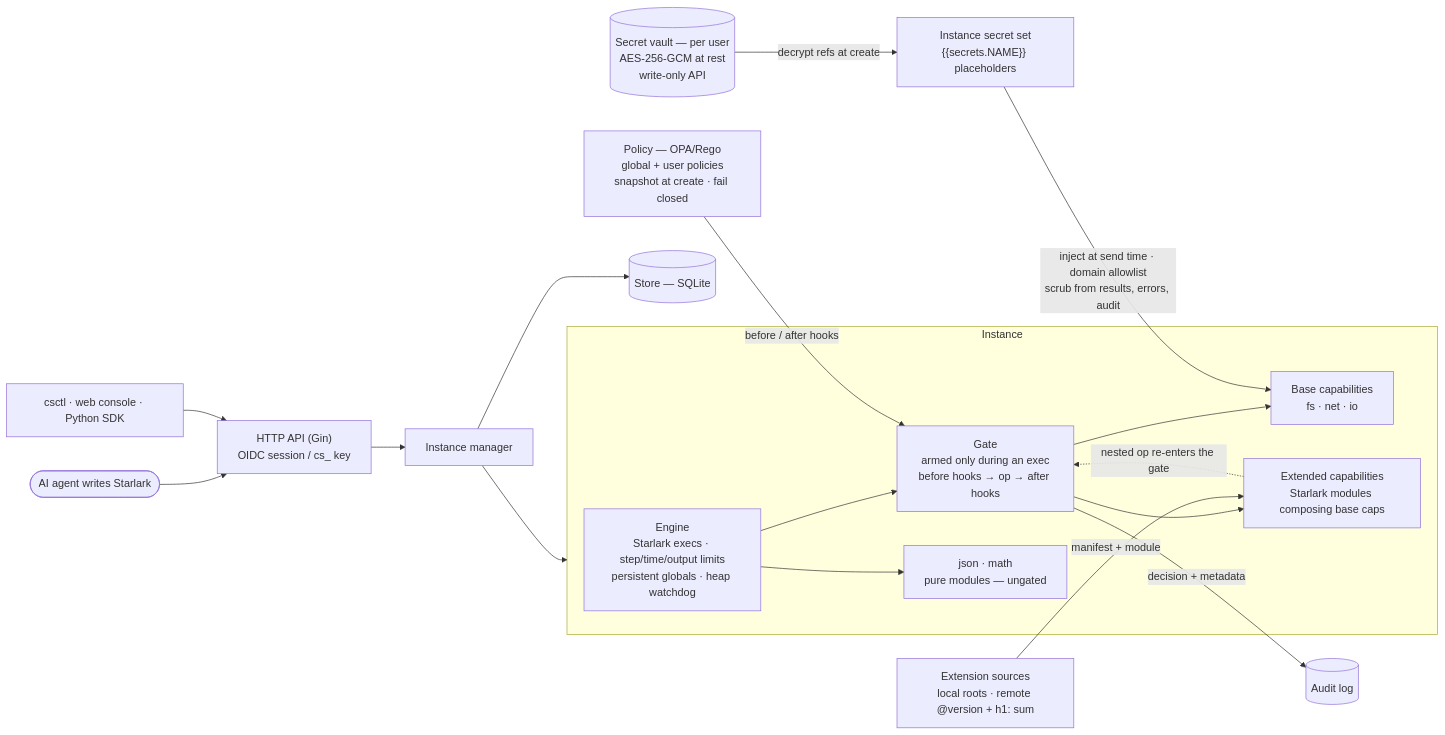
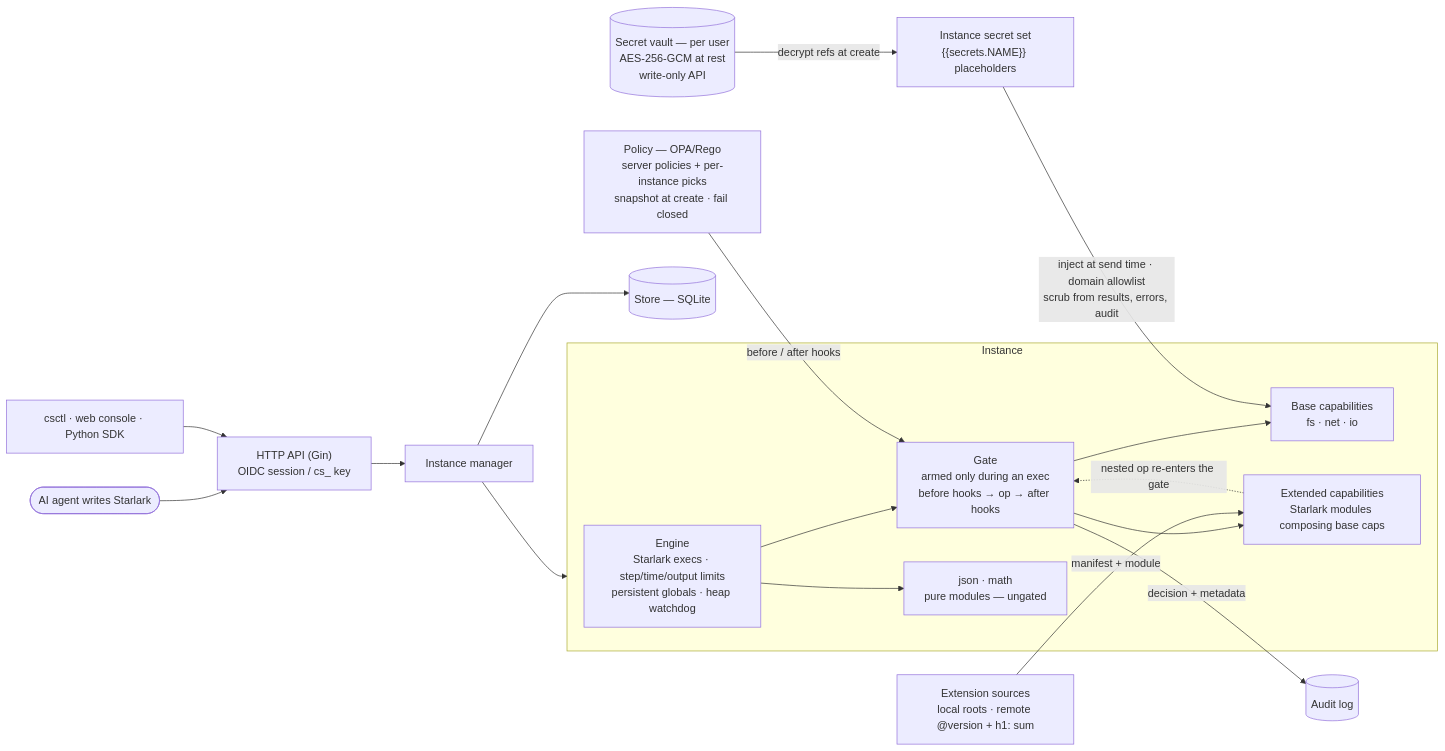
One commit to wylswz/calcside changed the diagram in README.md. Above: the diagram before and after it, drawn with Mermaid. The commit also changed other lines of this file and 27 other files, not shown here.

Commit message:
instance level policy

````diff
--- a/README.md
+++ b/README.md
@@ -11,31 +11,31 @@
 ```mermaid
 flowchart LR
     agent([AI agent writes Starlark]) --> http
     ui["csctl · web console · Python SDK"] --> http
     http["HTTP API (Gin)<br/>OIDC session / cs_ key"] --> mgr["Instance manager"]
 
     subgraph inst["Instance"]
         eng["Engine<br/>Starlark execs · step/time/output limits<br/>persistent globals · heap watchdog"]
         gate["Gate<br/>armed only during an exec<br/>before hooks → op → after hooks"]
         base["Base capabilities<br/>fs · net · io"]
         ext["Extended capabilities<br/>Starlark modules composing base caps"]
         pure["json · math<br/>pure modules — ungated"]
 
         eng --> gate
         eng --> pure
         gate --> base
         gate --> ext
         ext -.->|"nested op re-enters the gate"| gate
     end
 
     mgr --> inst
 
-    pol["Policy — OPA/Rego<br/>global + user policies<br/>snapshot at create · fail closed"] -->|"before / after hooks"| gate
+    pol["Policy — OPA/Rego<br/>server policies + per-instance picks<br/>snapshot at create · fail closed"] -->|"before / after hooks"| gate
     gate -->|"decision + metadata"| audit[("Audit log")]
     mgr --> store[("Store — SQLite")]
 
     vault[("Secret vault — per user<br/>AES-256-GCM at rest<br/>write-only API")] -->|"decrypt refs at create"| sset["Instance secret set<br/>{{secrets.NAME}} placeholders"]
     sset -->|"inject at send time · domain allowlist<br/>scrub from results, errors, audit"| base
 
     srcs["Extension sources<br/>local roots · remote @version + h1: sum"] -->|"manifest + module"| ext
 ```
````
